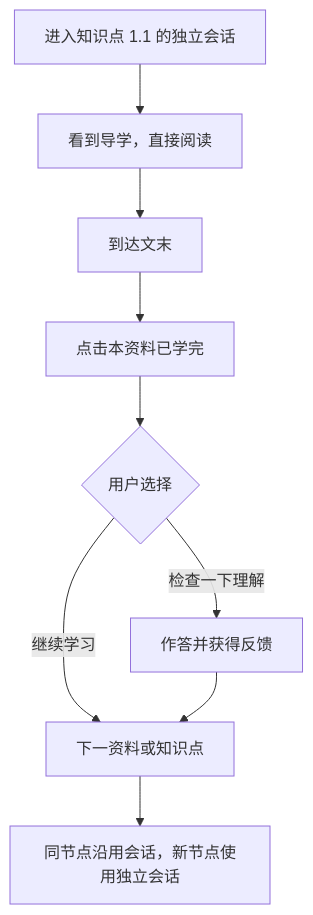
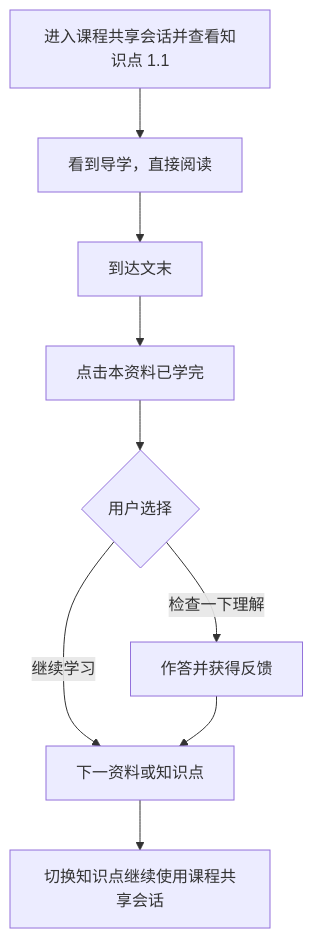
One commit to T123sw/edu_ai changed the diagram in docs/architecture/2026-09-17-learning-agent-design-cn.md. Above: the diagram before and after it, drawn with Mermaid. The commit also changed other lines of this file and 3486 other files, not shown here.

````diff
--- a/docs/architecture/2026-09-17-learning-agent-design-cn.md
+++ b/docs/architecture/2026-09-17-learning-agent-design-cn.md
@@ -138,11 +142,11 @@
 ```mermaid
 flowchart TD
-    A[进入知识点 1.1 的独立会话] --> B[看到导学，直接阅读]
+    A[进入课程共享会话并查看知识点 1.1] --> B[看到导学，直接阅读]
     B --> C[到达文末]
     C --> D[点击本资料已学完]
     D --> E{用户选择}
     E -->|检查一下理解| F[作答并获得反馈]
     E -->|继续学习| G[下一资料或知识点]
     F --> G
-    G --> H[同节点沿用会话，新节点使用独立会话]
+    G --> H[切换知识点继续使用课程共享会话]
 ```
````
